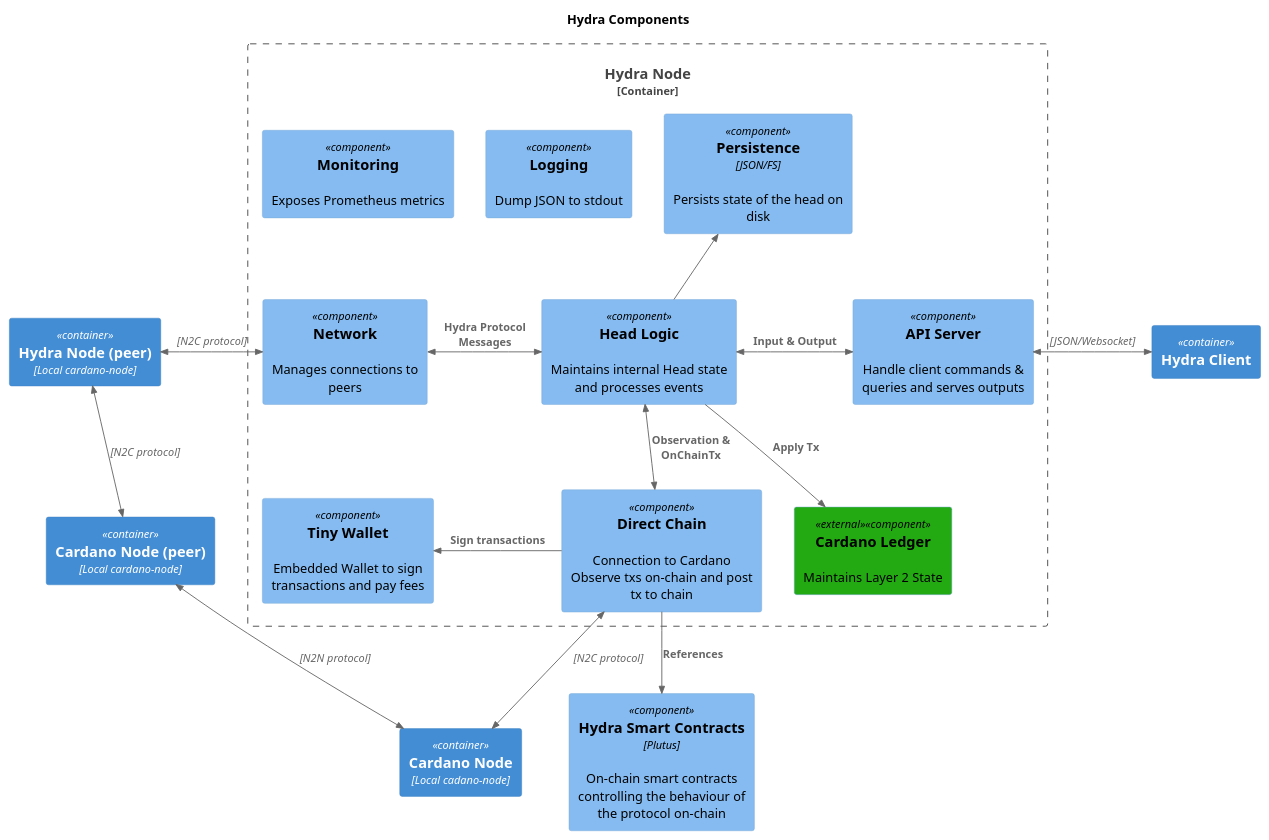
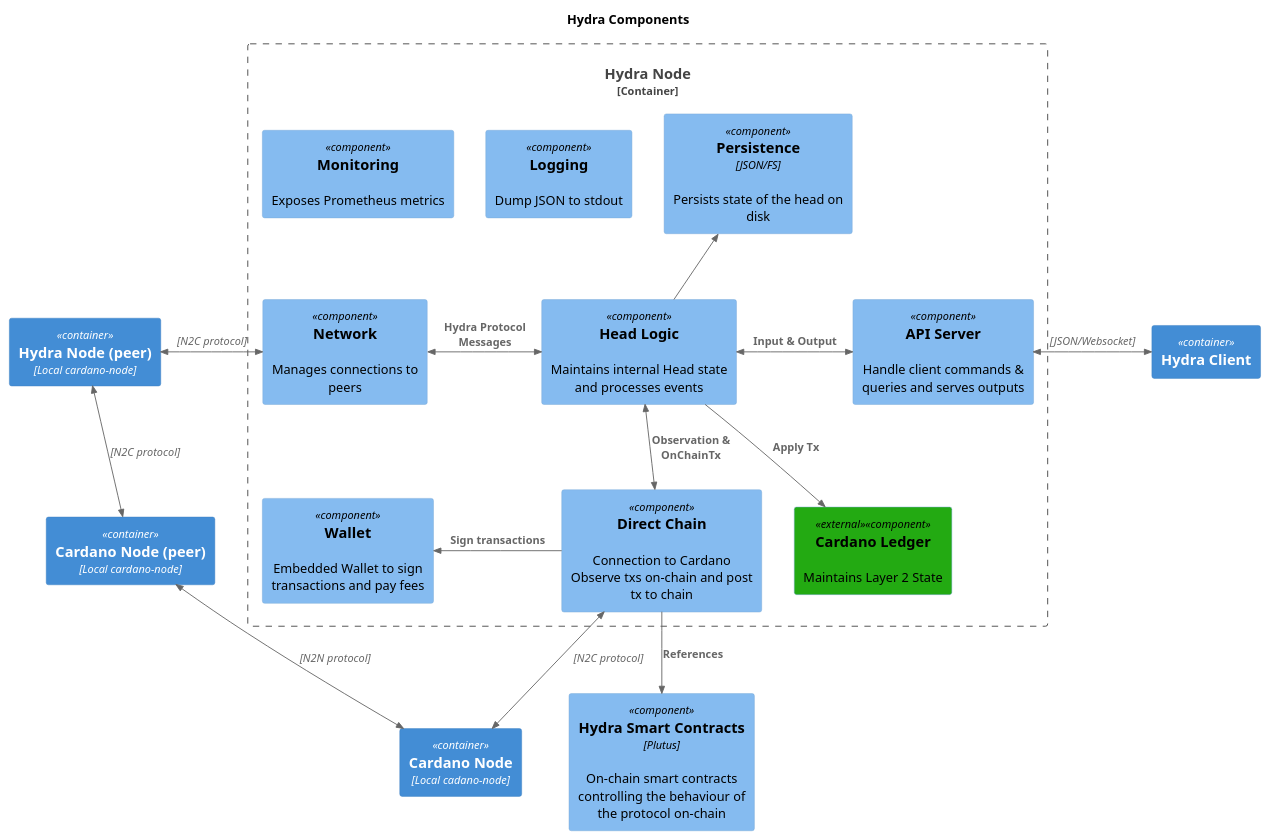
Before and after one commit to cardano-scaling/website: the diagram in core-concepts/architecture/architecture-c4.puml, drawn with PlantUML.

```diff
--- a/core-concepts/architecture/architecture-c4.puml
+++ b/core-concepts/architecture/architecture-c4.puml
@@ -1,40 +1,40 @@
 @startuml hydra-components.png
 title "Hydra Components"
 !include https://raw.githubusercontent.com/plantuml-stdlib/C4-PlantUML/master/C4_Component.puml
 
 AddElementTag("external", $bgColor="#23aa12")
 
 Container_Boundary(hydra_node, "Hydra Node") {
    Component(persistence, "Persistence", "JSON/FS", "Persists state of the head on disk", $link="https://github.com/input-output-hk/hydra/blob/master/hydra-node/src/Hydra/Persistence.hs")
    Component(head_logic, "Head Logic", "", "Maintains internal Head state and processes events", $link="https://github.com/input-output-hk/hydra/blob/master/hydra-node/src/Hydra/HeadLogic.hs")
    Component(api_server, "API Server", "", "Handle client commands & queries and serves outputs", $link="https://github.com/input-output-hk/hydra/blob/master/hydra-node/src/Hydra/API/Server.hs")
    Component(chain, "Direct Chain", "", "Connection to Cardano\nObserve txs on-chain and post tx to chain", $link="https://github.com/input-output-hk/hydra/blob/master/hydra-node/src/Hydra/Chain/Direct.hs")
-   Component(wallet, "Tiny Wallet", "", "Embedded Wallet to sign transactions and pay fees", $link="https://github.com/input-output-hk/hydra/blob/master/hydra-node/src/Hydra/Chain/Direct/Wallet.hs")
+   Component(wallet, "Wallet", "", "Embedded Wallet to sign transactions and pay fees", $link="https://github.com/input-output-hk/hydra/blob/master/hydra-node/src/Hydra/Chain/Direct/Wallet.hs")
    Component(network, "Network", "", "Manages connections to peers", $link="https://github.com/input-output-hk/hydra/blob/master/hydra-node/src/Hydra/Network/Ouroboros.hs")
    Component(logging, "Logging", "", "Dump JSON to stdout", $link="https://github.com/input-output-hk/hydra/blob/master/hydra-node/src/Hydra/Logging.hs")
    Component(monitoring, "Monitoring", "", "Exposes Prometheus metrics", $link="https://github.com/input-output-hk/hydra/blob/master/hydra-node/src/Hydra/Logging/Monitoring.hs")
    Component(ledger, "Cardano Ledger", "", "Maintains Layer 2 State", $tags="external")
 
    BiRel_L(head_logic, network, "Hydra Protocol Messages", "")
    BiRel_R(head_logic, api_server, "Input & Output", "")
    Rel_U(head_logic, persistence, "")
    BiRel_D(head_logic, chain, "Observation & OnChainTx", "")
    Rel_D(head_logic, ledger, "Apply Tx")
 
    Rel_L(chain, wallet, "Sign transactions", "")
 }
 
 Container(hydra_node_peer, "Hydra Node (peer)", "Local cardano-node")
 Container(cardano_node, "Cardano Node", "Local cadano-node")
 Container(cardano_node_peer, "Cardano Node (peer)", "Local cardano-node")
 Container(hydra_client, "Hydra Client", "")
 Component(smart_contracts, "Hydra Smart Contracts", "Plutus", "On-chain smart contracts controlling the behaviour of the protocol on-chain", $link="https://github.com/input-output-hk/hydra/tree/master/hydra-plutus")
 Rel(chain, smart_contracts, "References", "")
 BiRel_D(chain, cardano_node, "", "N2C protocol")
 BiRel_L(cardano_node, cardano_node_peer, "", "N2N protocol")
 BiRel(hydra_node_peer, cardano_node_peer, "", "N2C protocol")
 BiRel_L(network, hydra_node_peer, "", "N2C protocol")
 BiRel_R(api_server, hydra_client, "", "JSON/Websocket")
 
 
 @enduml
```
